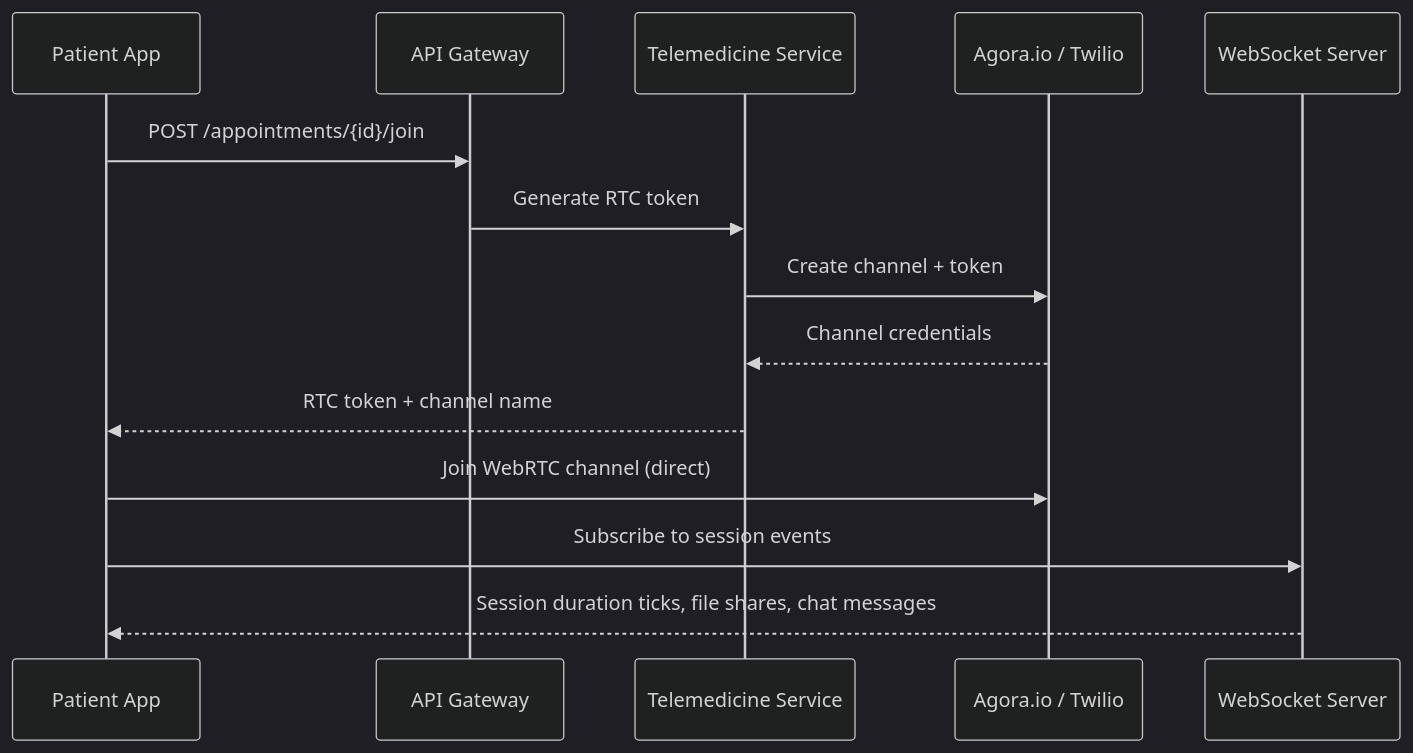
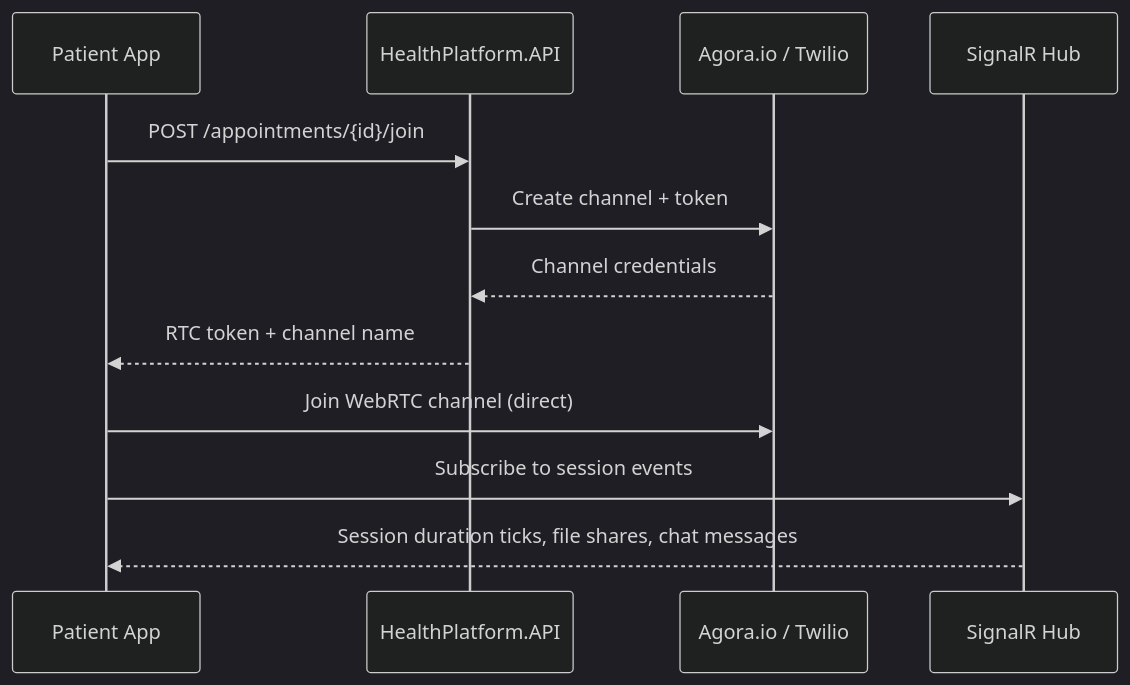
One commit to NlisiMalaba/OnlineHealthcare changed the second of 4 diagrams in planning/design.md. Above: the diagram before and after it, drawn with Mermaid (dark theme). The commit also changed other lines of this file and 369 other files, not shown here.

Commit message:
redesigning to clean architecture not microservices

````diff
--- a/planning/design.md
+++ b/planning/design.md
@@ -164,17 +163,15 @@
 ```mermaid
 sequenceDiagram
     participant P as Patient App
-    participant GW as API Gateway
-    participant TELE as Telemedicine Service
+    participant API as HealthPlatform.API
     participant AGORA as Agora.io / Twilio
-    participant WS as WebSocket Server
+    participant HUB as SignalR Hub
 
-    P->>GW: POST /appointments/{id}/join
-    GW->>TELE: Generate RTC token
-    TELE->>AGORA: Create channel + token
-    AGORA-->>TELE: Channel credentials
-    TELE-->>P: RTC token + channel name
+    P->>API: POST /appointments/{id}/join
+    API->>AGORA: Create channel + token
+    AGORA-->>API: Channel credentials
+    API-->>P: RTC token + channel name
     P->>AGORA: Join WebRTC channel (direct)
-    P->>WS: Subscribe to session events
-    WS-->>P: Session duration ticks, file shares, chat messages
+    P->>HUB: Subscribe to session events
+    HUB-->>P: Session duration ticks, file shares, chat messages
 ```
````
